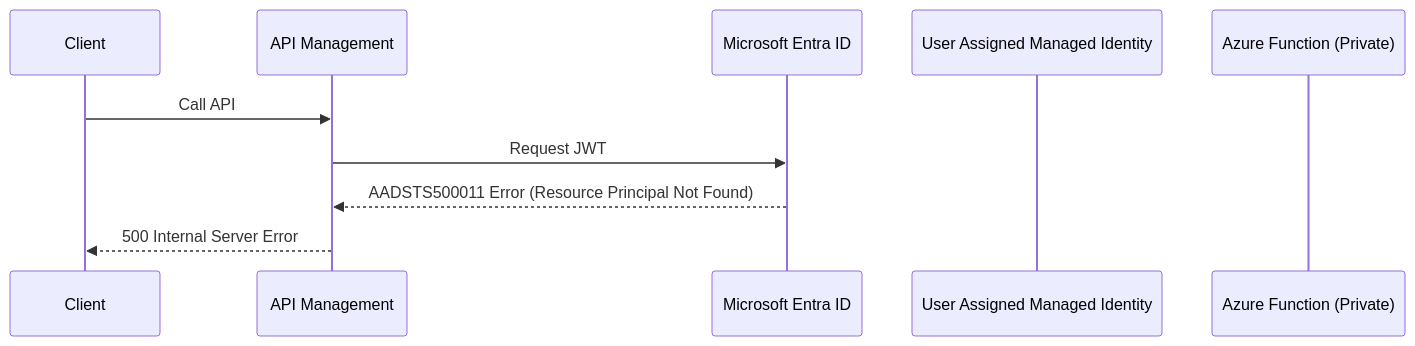
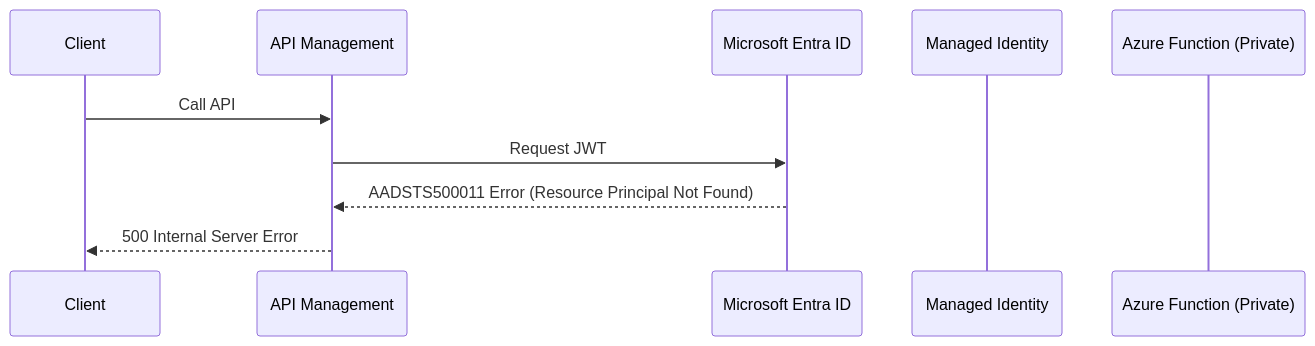
The second of 2 diagrams in docs/troubleshooting.md (rukasakurai/apim-managed-identity-functions-containerapps), drawn with Mermaid before and after one commit. The commit also changed other lines of this file and 7 other files, not shown here.

````diff
--- a/docs/troubleshooting.md
+++ b/docs/troubleshooting.md
@@ -55,13 +55,13 @@
 ```mermaid
 sequenceDiagram
     participant Client
     participant APIM as API Management
     participant Entra as Microsoft Entra ID
-    participant MI as User Assigned Managed Identity
+    participant MI as Managed Identity
     participant Function as Azure Function (Private)
 
     Client->>APIM: Call API
     APIM->>Entra: Request JWT
     Entra-->>APIM: AADSTS500011 Error (Resource Principal Not Found)
     APIM-->>Client: 500 Internal Server Error
 ```
````
